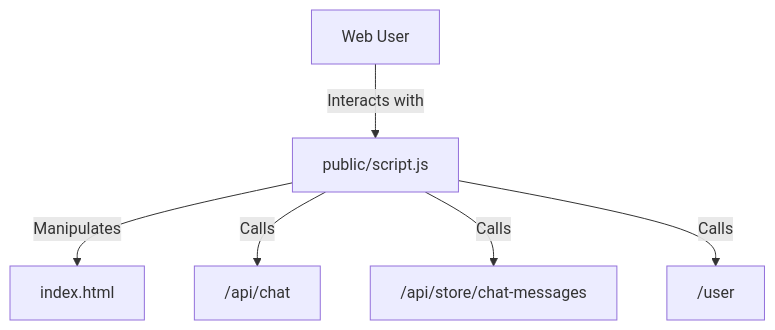
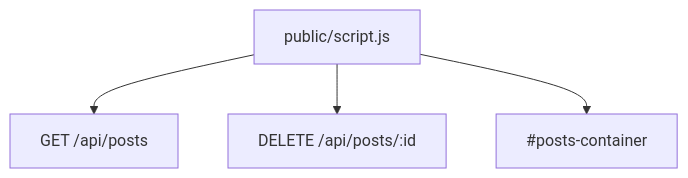
Before and after one commit to prankster-freedom/ToyBox: the diagram in doc/3.implementation/public/script.js.md, drawn with Mermaid. The commit also changed other lines of this file and 10 other files, not shown here.

````diff
--- a/doc/3.implementation/public/script.js.md
+++ b/doc/3.implementation/public/script.js.md
@@ -10,11 +9,11 @@
 ```mermaid
 flowchart TD
-    %% Dependencies
-    script["public/script.js"] -->|Manipulates| dom["index.html"]
-    script -->|Calls| chatAPI["/api/chat"]
-    script -->|Calls| historyAPI["/api/store/chat-messages"]
-    script -->|Calls| userAPI["/user"]
+    Current["public/script.js"]
+    API_GetPosts["GET /api/posts"]
+    API_DeletePost["DELETE /api/posts/:id"]
+    DOM_Container["#posts-container"]
 
-    %% Consumers
-    webuser["Web User"] -->|Interacts with| script
+    Current --> API_GetPosts
+    Current --> API_DeletePost
+    Current --> DOM_Container
 ```
````
